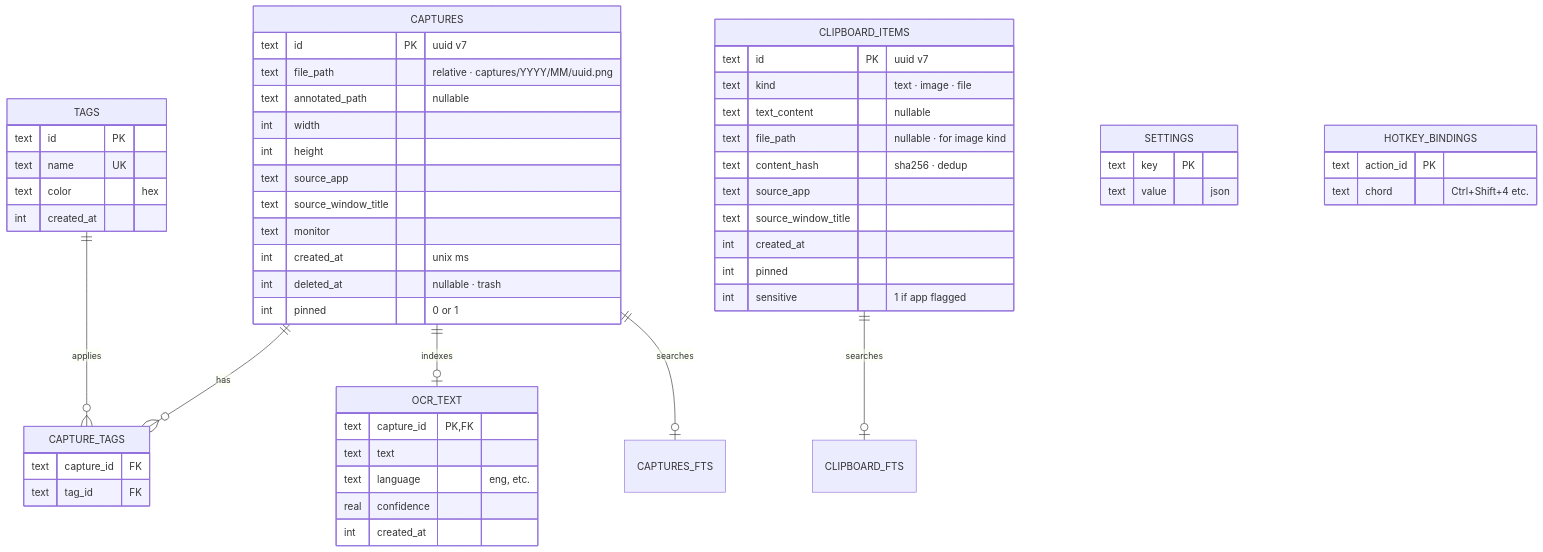
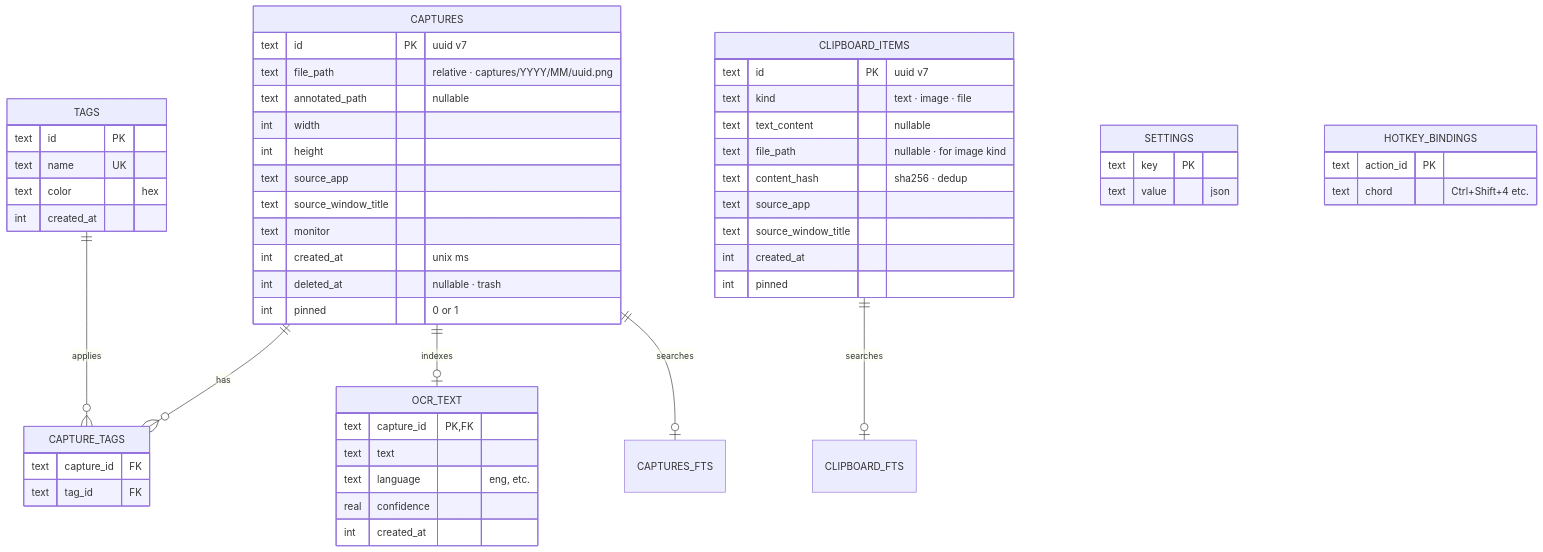
One commit to ehartye/snapper-keeper changed the second of 6 diagrams in docs/superpowers/specs/2026-05-20-snapper-keeper-design.md. Above: the diagram before and after it, drawn with Mermaid. The commit also changed other lines of this file, not shown here.

Commit message:
docs(spec): cross-link sensitive-clipboard impl + drop schema column from ER diagram

````diff
--- a/docs/superpowers/specs/2026-05-20-snapper-keeper-design.md
+++ b/docs/superpowers/specs/2026-05-20-snapper-keeper-design.md
@@ -176,60 +176,59 @@
 ```mermaid
 erDiagram
     CAPTURES ||--o{ CAPTURE_TAGS : has
     TAGS ||--o{ CAPTURE_TAGS : applies
     CAPTURES ||--o| OCR_TEXT : indexes
     CAPTURES ||--o| CAPTURES_FTS : searches
 
     CLIPBOARD_ITEMS ||--o| CLIPBOARD_FTS : searches
 
     CAPTURES {
         text id PK "uuid v7"
         text file_path "relative · captures/YYYY/MM/uuid.png"
         text annotated_path "nullable"
         int width
         int height
         text source_app
         text source_window_title
         text monitor
         int created_at "unix ms"
         int deleted_at "nullable · trash"
         int pinned "0 or 1"
     }
     TAGS {
         text id PK
         text name UK
         text color "hex"
         int created_at
     }
     CAPTURE_TAGS {
         text capture_id FK
         text tag_id FK
     }
     OCR_TEXT {
         text capture_id PK,FK
         text text
         text language "eng, etc."
         real confidence
         int created_at
     }
     CLIPBOARD_ITEMS {
         text id PK "uuid v7"
         text kind "text · image · file"
         text text_content "nullable"
         text file_path "nullable · for image kind"
         text content_hash "sha256 · dedup"
         text source_app
         text source_window_title
         int created_at
         int pinned
-        int sensitive "1 if app flagged"
     }
     SETTINGS {
         text key PK
         text value "json"
     }
     HOTKEY_BINDINGS {
         text action_id PK
         text chord "Ctrl+Shift+4 etc."
     }
 ```
````
